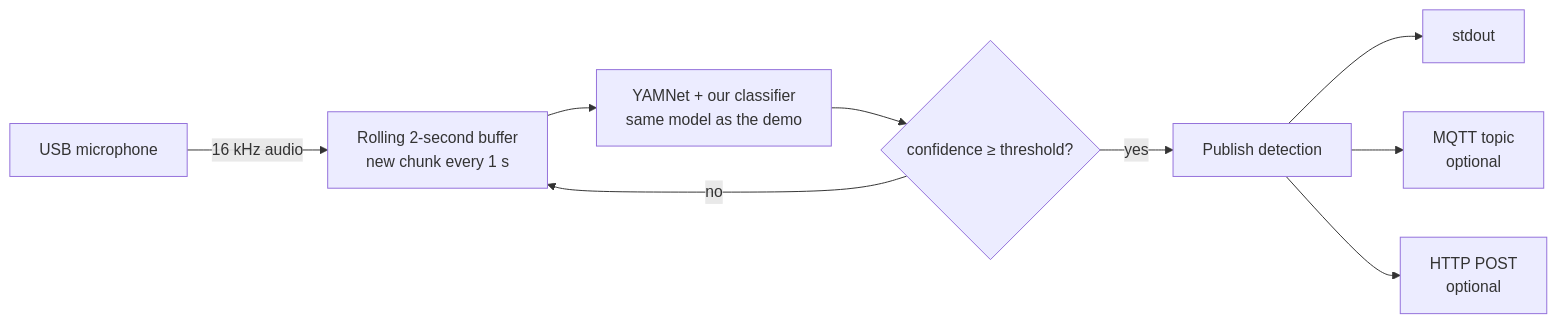
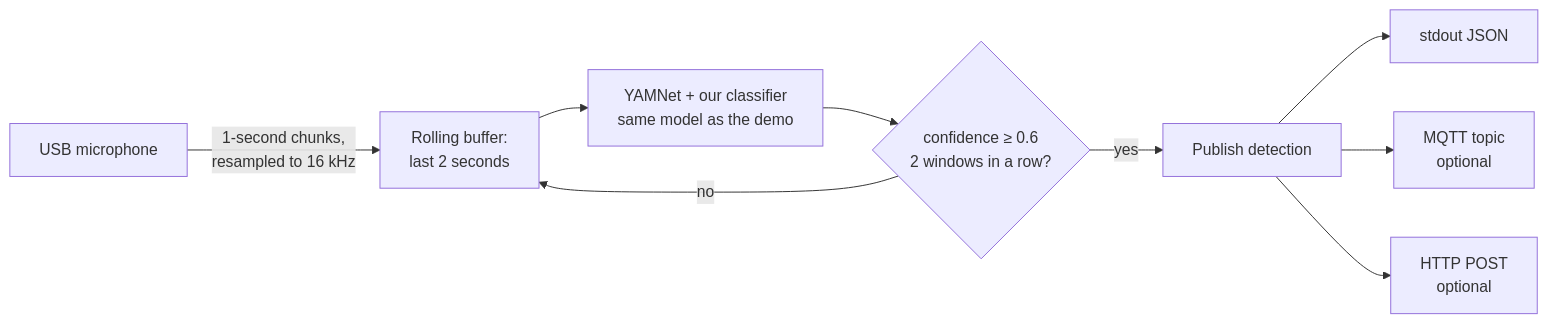
One commit to ntoder/PrimateLM-audio changed the diagram in docs/robot.md. Above: the diagram before and after it, drawn with Mermaid. The commit also changed other lines of this file and 4 other files, not shown here.

````diff
--- a/docs/robot.md
+++ b/docs/robot.md
@@ -7,11 +7,11 @@
 ```mermaid
 flowchart LR
-    M[USB microphone] -->|16 kHz audio| R[Rolling 2-second buffer<br/>new chunk every 1 s]
+    M[USB microphone] -->|1-second chunks,<br/>resampled to 16 kHz| R[Rolling buffer:<br/>last 2 seconds]
     R --> Y[YAMNet + our classifier<br/>same model as the demo]
-    Y --> T{confidence ≥ threshold?}
+    Y --> T{"confidence ≥ 0.6<br/>2 windows in a row?"}
     T -->|yes| O[Publish detection]
     T -->|no| R
-    O --> S[stdout]
+    O --> S[stdout JSON]
     O --> Q[MQTT topic<br/>optional]
     O --> H[HTTP POST<br/>optional]
 ```
````
